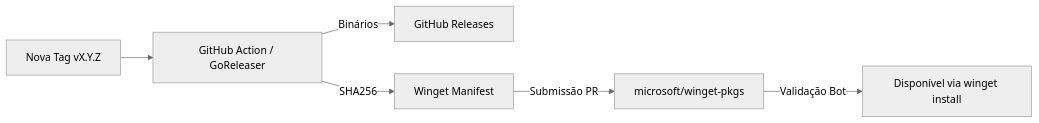
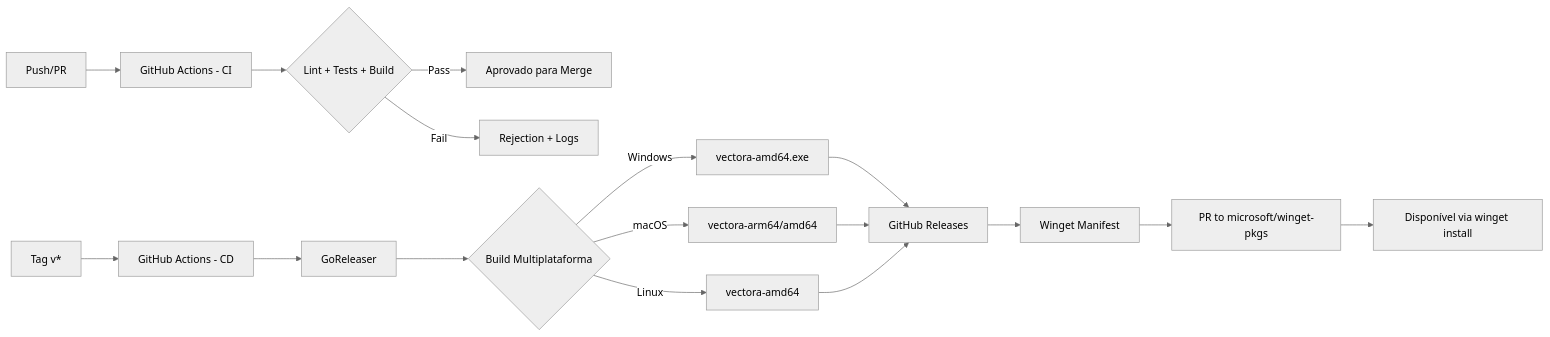
The diagram in content/docs/vectora/implementation/distribution-pipeline.md (MachiTwo/MachiOnCoffee), drawn with Mermaid (neutral theme) before and after one commit. The commit also changed other lines of this file and 11 other files, not shown here.

````diff
--- a/content/docs/vectora/implementation/distribution-pipeline.md
+++ b/content/docs/vectora/implementation/distribution-pipeline.md
@@ -43,8 +24,20 @@
 ```mermaid
 graph LR
-    A[Nova Tag vX.Y.Z] --> B[GitHub Action / GoReleaser]
-    B -- Binários --> C[GitHub Releases]
-    B -- SHA256 --> D[Winget Manifest]
-    D -- Submissão PR --> E[microsoft/winget-pkgs]
-    E -- Validação Bot --> F[Disponível via winget install]
+    A[Push/PR] --> B[GitHub Actions - CI]
+    B --> C{Lint + Tests + Build}
+    C -->|Pass| D[Aprovado para Merge]
+    C -->|Fail| E[Rejection + Logs]
+
+    F[Tag v*] --> G[GitHub Actions - CD]
+    G --> H[GoReleaser]
+    H --> I{Build Multiplataforma}
+    I -->|Windows| J[vectora-amd64.exe]
+    I -->|macOS| K[vectora-arm64/amd64]
+    I -->|Linux| L[vectora-amd64]
+    J --> M[GitHub Releases]
+    K --> M
+    L --> M
+    M --> N[Winget Manifest]
+    N --> O[PR to microsoft/winget-pkgs]
+    O --> P[Disponível via winget install]
 ```
````
